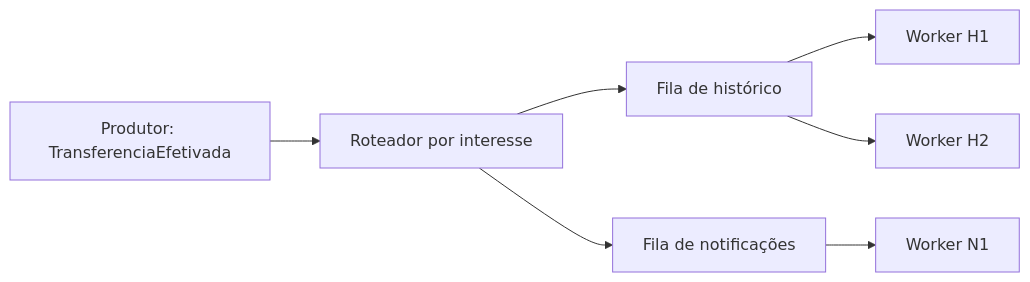
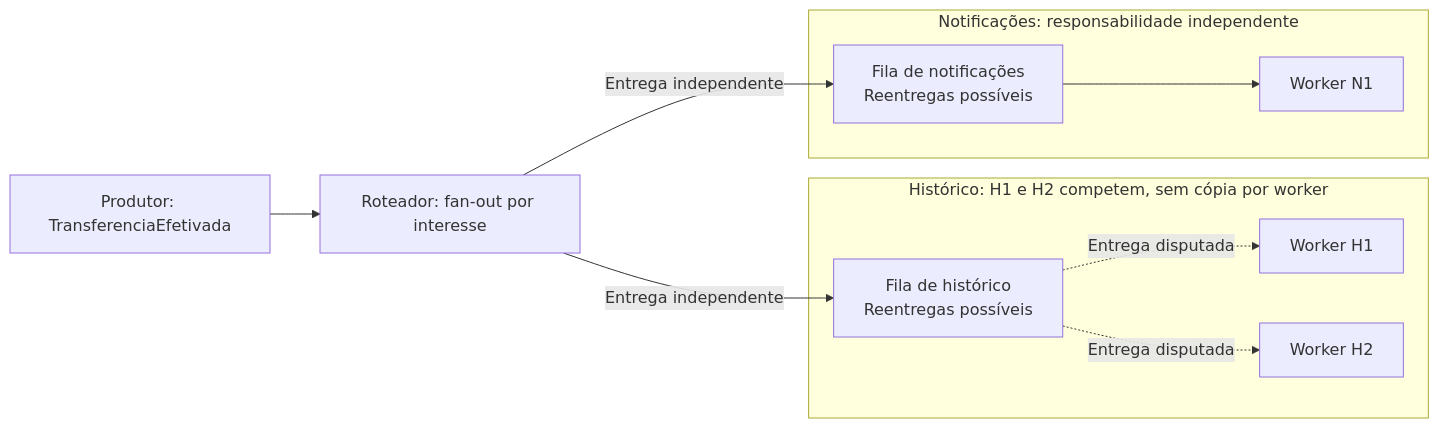
The first of 2 diagrams in technical-knowledge/fundamentals/07-events-messaging-distributed-systems.md (alric-corp/aws-solutions-architect-fsi), drawn with Mermaid before and after one commit. The commit also changed other lines of this file and 4 other files, not shown here.

Commit message:
docs: add foundational architecture diagrams

````diff
--- a/technical-knowledge/fundamentals/07-events-messaging-distributed-systems.md
+++ b/technical-knowledge/fundamentals/07-events-messaging-distributed-systems.md
@@ -83,9 +83,13 @@
 ```mermaid
 flowchart LR
-    P["Produtor: TransferenciaEfetivada"] --> R["Roteador por interesse"]
-    R --> QH["Fila de histórico"]
-    R --> QN["Fila de notificações"]
-    QH --> H1["Worker H1"]
-    QH --> H2["Worker H2"]
-    QN --> N["Worker N1"]
+    P["Produtor: TransferenciaEfetivada"] --> R["Roteador: fan-out por interesse"]
+    R -->|"Entrega independente"| QH
+    R -->|"Entrega independente"| QN
+    subgraph HIST["Histórico: H1 e H2 competem, sem cópia por worker"]
+        QH["Fila de histórico<br/>Reentregas possíveis"] -.->|"Entrega disputada"| H1["Worker H1"]
+        QH -.->|"Entrega disputada"| H2["Worker H2"]
+    end
+    subgraph NOTIF["Notificações: responsabilidade independente"]
+        QN["Fila de notificações<br/>Reentregas possíveis"] --> N["Worker N1"]
+    end
 ```
````
